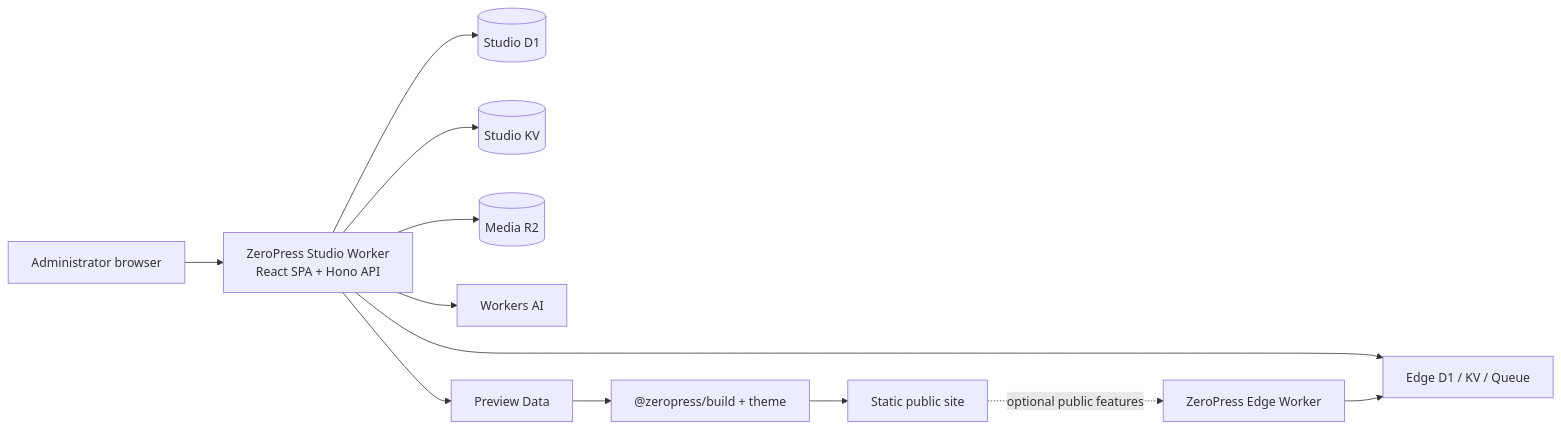
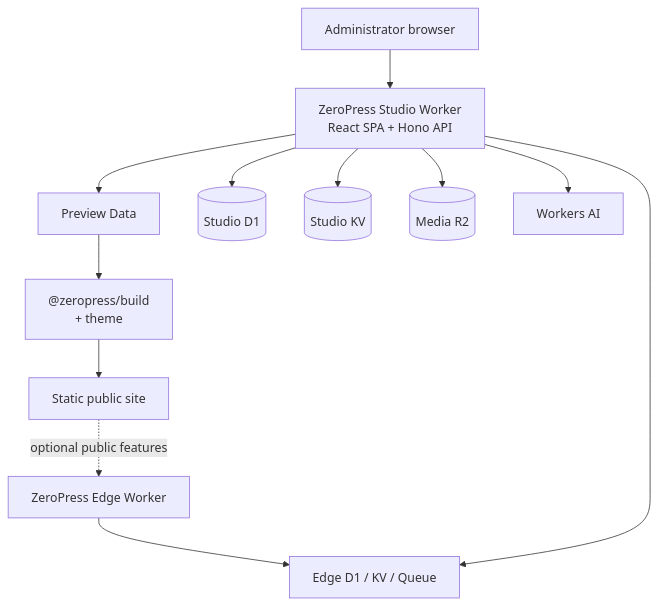
One commit to zeropress-app/zeropress-studio changed the diagram in README.md. Above: the diagram before and after it, drawn with Mermaid. The commit also changed other lines of this file, not shown here.

Commit message:
docs: revise readme

````diff
--- a/README.md
+++ b/README.md
@@ -42,17 +40,16 @@
 ```mermaid
-flowchart LR
+flowchart TB
   administrator["Administrator browser"] --> studio["ZeroPress Studio Worker<br/>React SPA + Hono API"]
+
+  studio --> preview["Preview Data"]
+  preview --> build["@zeropress/build<br/>+ theme"]
+  build --> site["Static public site"]
+  site -. optional public features .-> edge["ZeroPress Edge Worker"]
+  edge --> edgeData["Edge D1 / KV / Queue"]
 
   studio --> studioDb[(Studio D1)]
   studio --> studioKv[(Studio KV)]
   studio --> media[(Media R2)]
   studio --> ai[Workers AI]
-
-  studio --> preview["Preview Data"]
-  preview --> build["@zeropress/build + theme"]
-  build --> site["Static public site"]
-
-  studio --> edgeData["Edge D1 / KV / Queue"]
-  site -. optional public features .-> edge["ZeroPress Edge Worker"]
-  edge --> edgeData
+  studio --> edgeData
 ```
````
